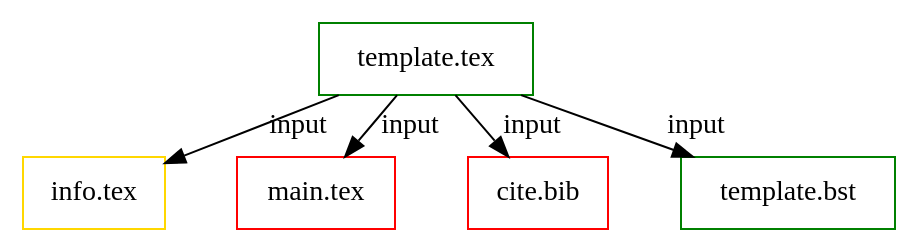
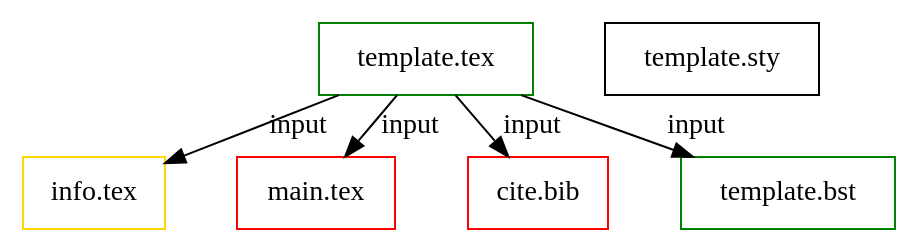
Before and after one commit to bwtian/texTemplate: the diagram in texTemplate.org, drawn with Graphviz. The commit also changed other lines of this file and 1 other file, not shown here.

Commit message:
/ ‘texTemplate.org’ / ‘texTemplate.svg’

```diff
--- a/texTemplate.org
+++ b/texTemplate.org
@@ -4,20 +4,21 @@
 #+BEGIN_SRC dot :file ./texTemplate.svg 
 digraph { 
 fontname="Times"; 
 fontsize = 12; 
 splines = false; 
 ranksep = 0.2; 
 nodesep = 0.5; 
 node [shape = box] 
 //1. set node 
 temp [label = "template.tex", color = green]
 info [label = "info.tex", color = gold]
 main [label = "main.tex", color = red]
 bib [label = "cite.bib", color = red]
 bst [label = "template.bst", color = green]
+sty [label = "template.sty"]
 //2. set path 
 temp -> {info,main, bib, bst} [label = input]
 //3. set rank 
 
 }
 #+END_SRC
```
